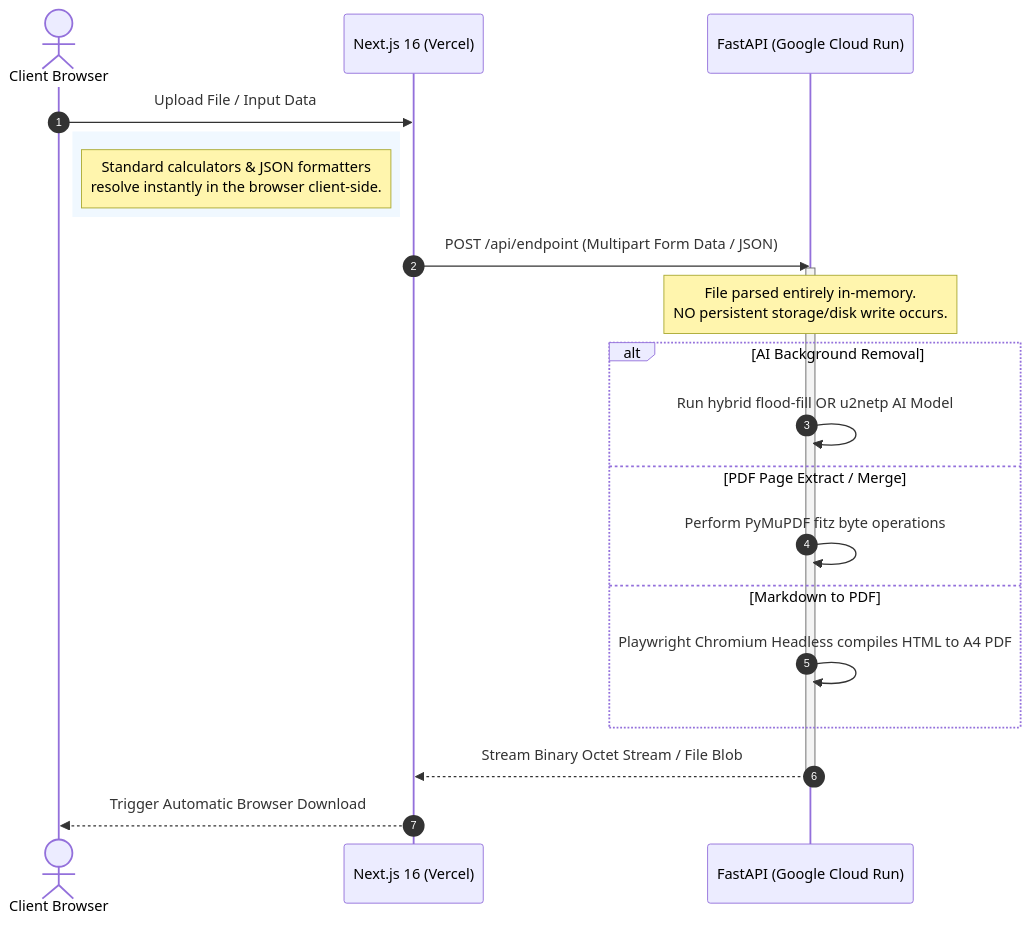
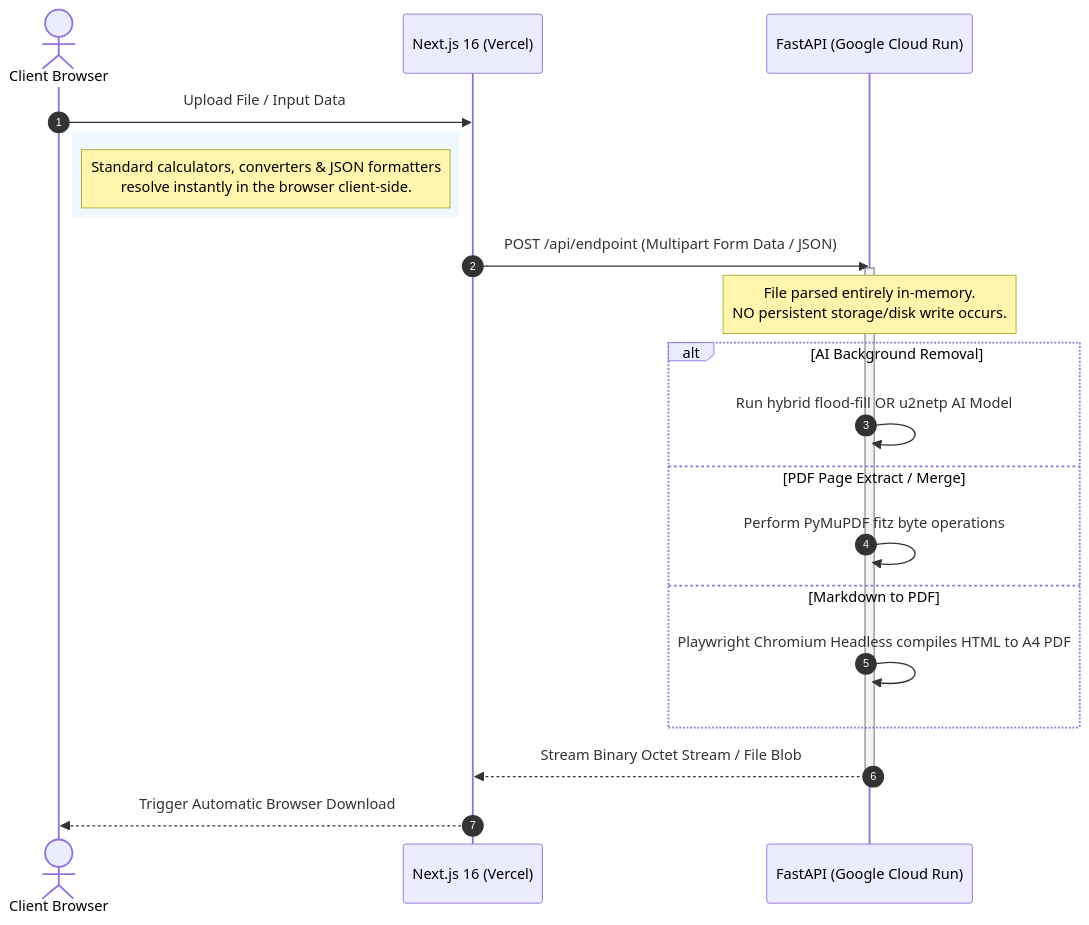
The diagram in README.md (vaibhavdeshmukhdeveloper/the-utilify), drawn with Mermaid before and after one commit. The commit also changed other lines of this file and 33 other files, not shown here.

````diff
--- a/README.md
+++ b/README.md
@@ -47,25 +57,25 @@
 ```mermaid
 sequenceDiagram
     autonumber
     actor User as Client Browser
     participant FE as Next.js 16 (Vercel)
     participant BE as FastAPI (Google Cloud Run)
     
     User->>FE: Upload File / Input Data
     rect rgb(240, 248, 255)
-        note right of User: Standard calculators & JSON formatters<br/>resolve instantly in the browser client-side.
+        note right of User: Standard calculators, converters & JSON formatters<br/>resolve instantly in the browser client-side.
     end
     FE->>BE: POST /api/endpoint (Multipart Form Data / JSON)
     activate BE
     note over BE: File parsed entirely in-memory.<br/>NO persistent storage/disk write occurs.
     alt AI Background Removal
         BE->>BE: Run hybrid flood-fill OR u2netp AI Model
     else PDF Page Extract / Merge
         BE->>BE: Perform PyMuPDF fitz byte operations
     else Markdown to PDF
         BE->>BE: Playwright Chromium Headless compiles HTML to A4 PDF
     end
     BE-->>FE: Stream Binary Octet Stream / File Blob
     deactivate BE
     FE-->>User: Trigger Automatic Browser Download
 ```
````
